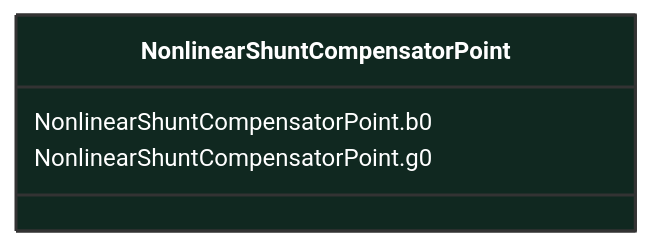
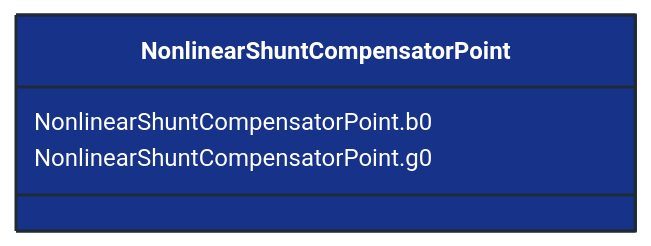
One commit to 3lbits/NoCIMExtensions changed the diagram in docs/Models/Profiles/ShortCircuit/ConcreteClasses/NonlinearShuntCompensatorPoint.md. Above: the diagram before and after it, drawn with Mermaid. The commit also changed 362 other files, not shown here.

First line of the commit message:
Update diagrams and styles for improved visual consistency

````diff
--- a/docs/Models/Profiles/ShortCircuit/ConcreteClasses/NonlinearShuntCompensatorPoint.md
+++ b/docs/Models/Profiles/ShortCircuit/ConcreteClasses/NonlinearShuntCompensatorPoint.md
@@ -8,12 +8,12 @@
 ```mermaid
-%%{init: {'theme':'base','themeVariables': {'lineColor': '#FF0000'}}}%%
+%%{init: {'theme':'base','themeVariables': {'lineColor': '#4169E1'}}}%%
 classDiagram
     class NonlinearShuntCompensatorPoint
     click NonlinearShuntCompensatorPoint href "/Models/Profiles/ShortCircuit/ConcreteClasses/NonlinearShuntCompensatorPoint/"
-    style NonlinearShuntCompensatorPoint fill:#102820,stroke:#333,stroke-width:2px,rx:10,ry:10,color:white
+    style NonlinearShuntCompensatorPoint fill:#163289,stroke:#1F2A37,stroke-width:2px,rx:10,ry:10,color:white
 
 
 
         NonlinearShuntCompensatorPoint : NonlinearShuntCompensatorPoint.b0
         NonlinearShuntCompensatorPoint : NonlinearShuntCompensatorPoint.g0
 ```
````
